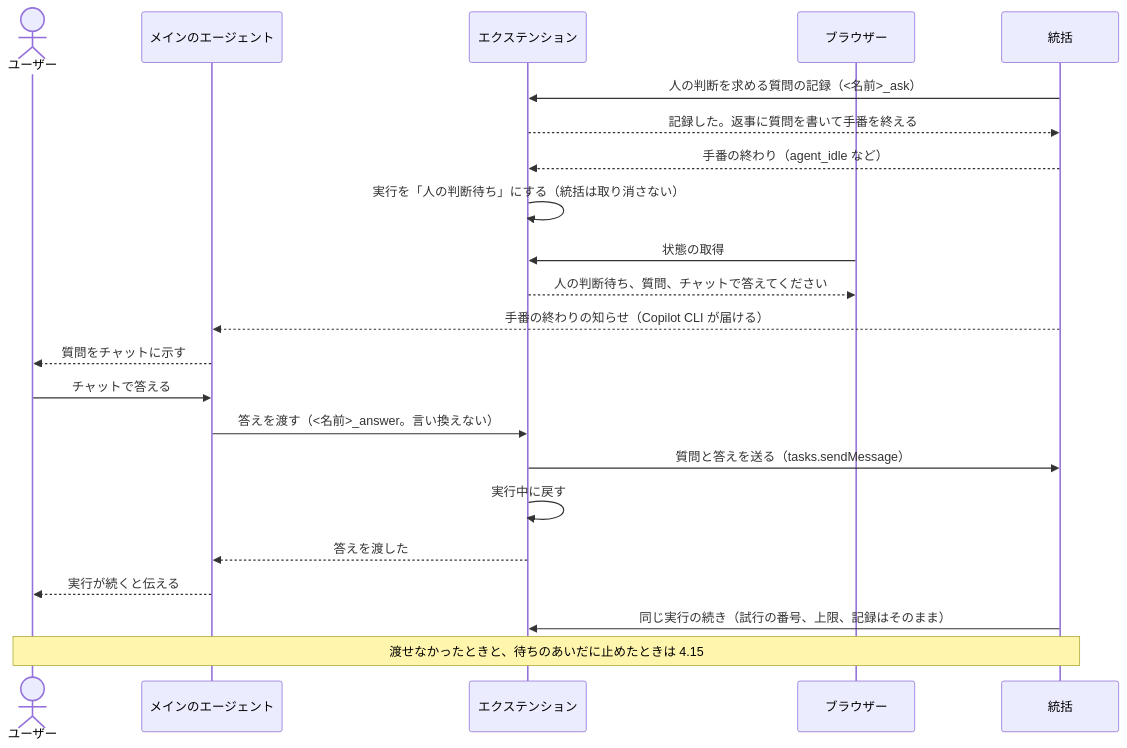
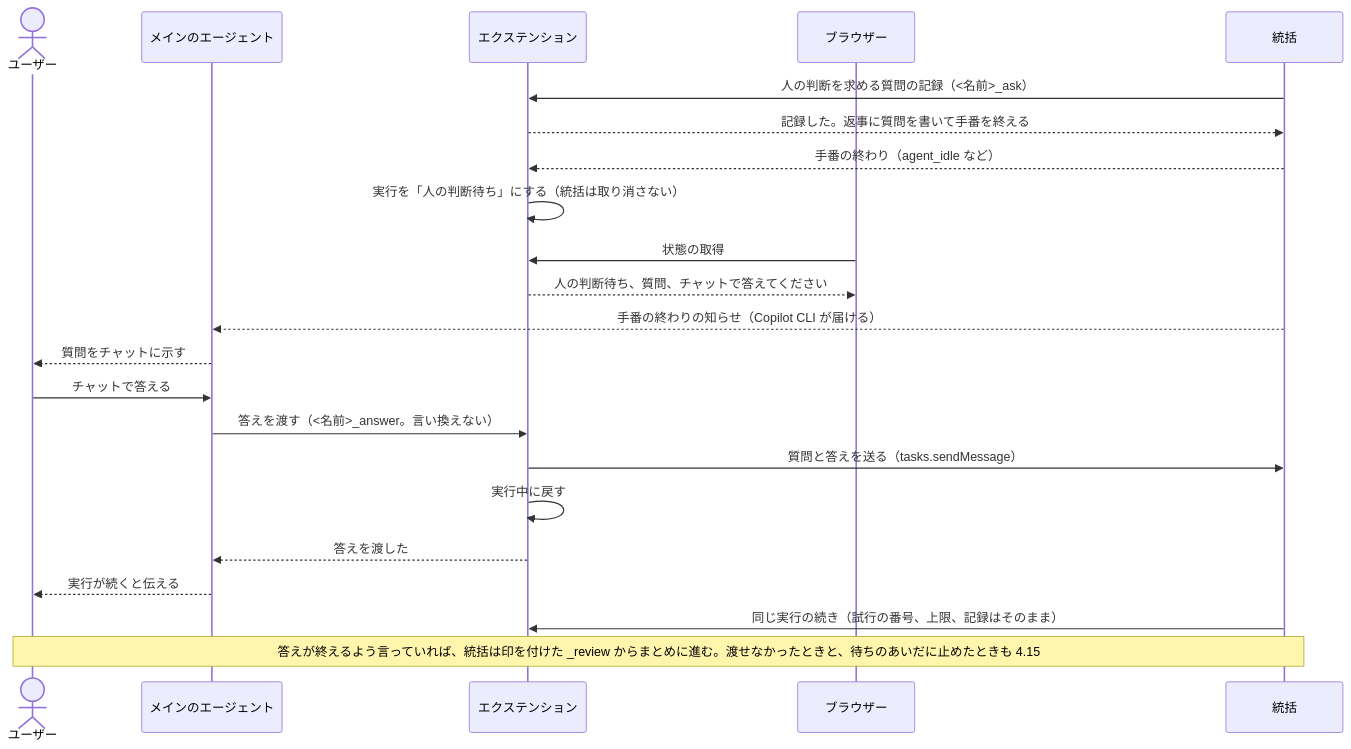
One commit to xclang-brain/plugin-creater changed the fourth of 5 diagrams in docs/design/generated-plugin-structure.md. Above: the diagram before and after it, drawn with Mermaid. The commit also changed other lines of this file and 15 other files, not shown here.

````diff
--- a/docs/design/generated-plugin-structure.md
+++ b/docs/design/generated-plugin-structure.md
@@ -688,25 +709,25 @@
 ```mermaid
 sequenceDiagram
   actor U as ユーザー
   participant M as メインのエージェント
   participant E as エクステンション
   participant B as ブラウザー
   participant O as 統括
 
   O->>E: 人の判断を求める質問の記録（<名前>_ask）
   E-->>O: 記録した。返事に質問を書いて手番を終える
   O-->>E: 手番の終わり（agent_idle など）
   E->>E: 実行を「人の判断待ち」にする（統括は取り消さない）
   B->>E: 状態の取得
   E-->>B: 人の判断待ち、質問、チャットで答えてください
   O-->>M: 手番の終わりの知らせ（Copilot CLI が届ける）
   M-->>U: 質問をチャットに示す
   U->>M: チャットで答える
   M->>E: 答えを渡す（<名前>_answer。言い換えない）
   E->>O: 質問と答えを送る（tasks.sendMessage）
   E->>E: 実行中に戻す
   E-->>M: 答えを渡した
   M-->>U: 実行が続くと伝える
   O->>E: 同じ実行の続き（試行の番号、上限、記録はそのまま）
-  Note over U,O: 渡せなかったときと、待ちのあいだに止めたときは 4.15
+  Note over U,O: 答えが終えるよう言っていれば、統括は印を付けた _review からまとめに進む。渡せなかったときと、待ちのあいだに止めたときも 4.15
 ```
````
